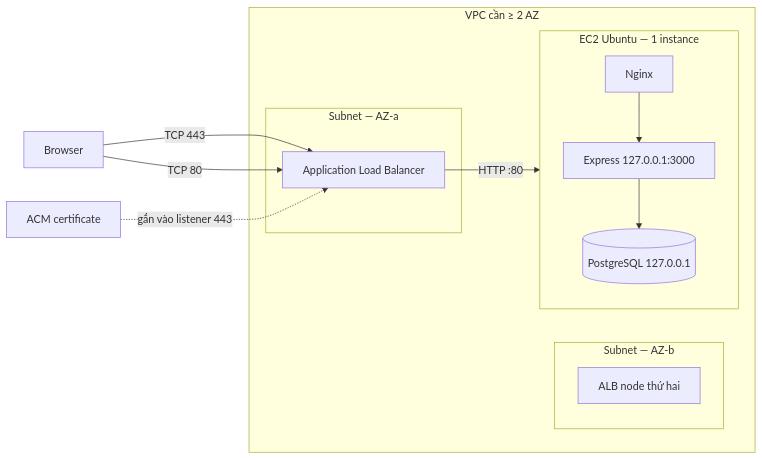
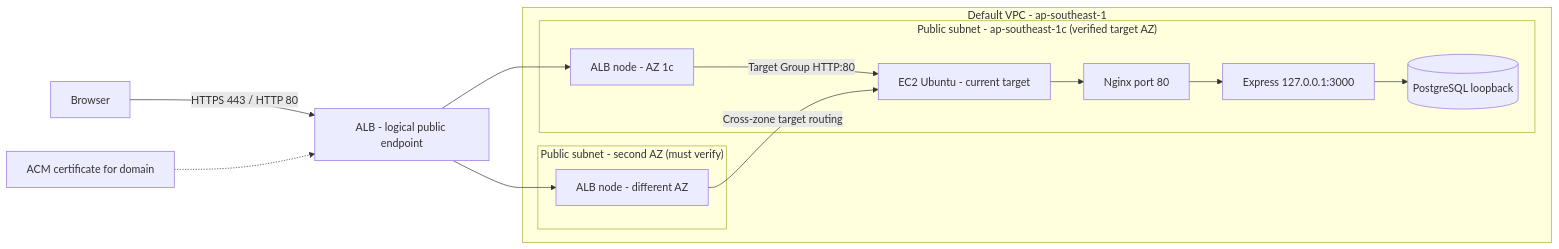
Before and after one commit to LVTIT/PBL4-517: the diagram in docs/aws/alb-design.md, drawn with Mermaid. The commit also changed other lines of this file, not shown here.

Commit message:
docs(aws): correct ALB AZ topology, health checks, SG rollback and Singapore estimate (Refs #34)

````diff
--- a/docs/aws/alb-design.md
+++ b/docs/aws/alb-design.md
@@ -68,21 +68,22 @@
 ```mermaid
 flowchart LR
-    Client[Browser] -->|"TCP 443"| ALB[Application Load Balancer]
-    Client -->|"TCP 80"| ALB
-    subgraph VPC["VPC cần ≥ 2 AZ"]
-        subgraph SubnetA["Subnet — AZ-a"]
-            ALB
+    Client[Browser] -->|"HTTPS 443 / HTTP 80"| ALB["ALB - logical public endpoint"]
+    subgraph VPC["Default VPC - ap-southeast-1"]
+        subgraph SubnetC["Public subnet - ap-southeast-1c (verified target AZ)"]
+            NodeC["ALB node - AZ 1c"]
+            EC2["EC2 Ubuntu - current target"]
+            Nginx[Nginx port 80]
+            Express["Express 127.0.0.1:3000"]
+            PG[("PostgreSQL loopback")]
+            EC2 --> Nginx --> Express --> PG
         end
-        subgraph SubnetB["Subnet — AZ-b"]
-            ALB2[ALB node thứ hai]
-        end
-        ALB -->|"HTTP :80"| EC2
-        subgraph EC2["EC2 Ubuntu — 1 instance"]
-            Nginx[Nginx]
-            Express[Express 127.0.0.1:3000]
-            PG[(PostgreSQL 127.0.0.1)]
-            Nginx --> Express --> PG
+        subgraph SubnetOther["Public subnet - second AZ (must verify)"]
+            NodeOther["ALB node - different AZ"]
         end
     end
-    ACM[ACM certificate] -. gắn vào listener 443 .-> ALB
+    ALB --> NodeC
+    ALB --> NodeOther
+    NodeC -->|"Target Group HTTP:80"| EC2
+    NodeOther -->|"Cross-zone target routing"| EC2
+    ACM["ACM certificate for domain"] -.-> ALB
 ```
````
